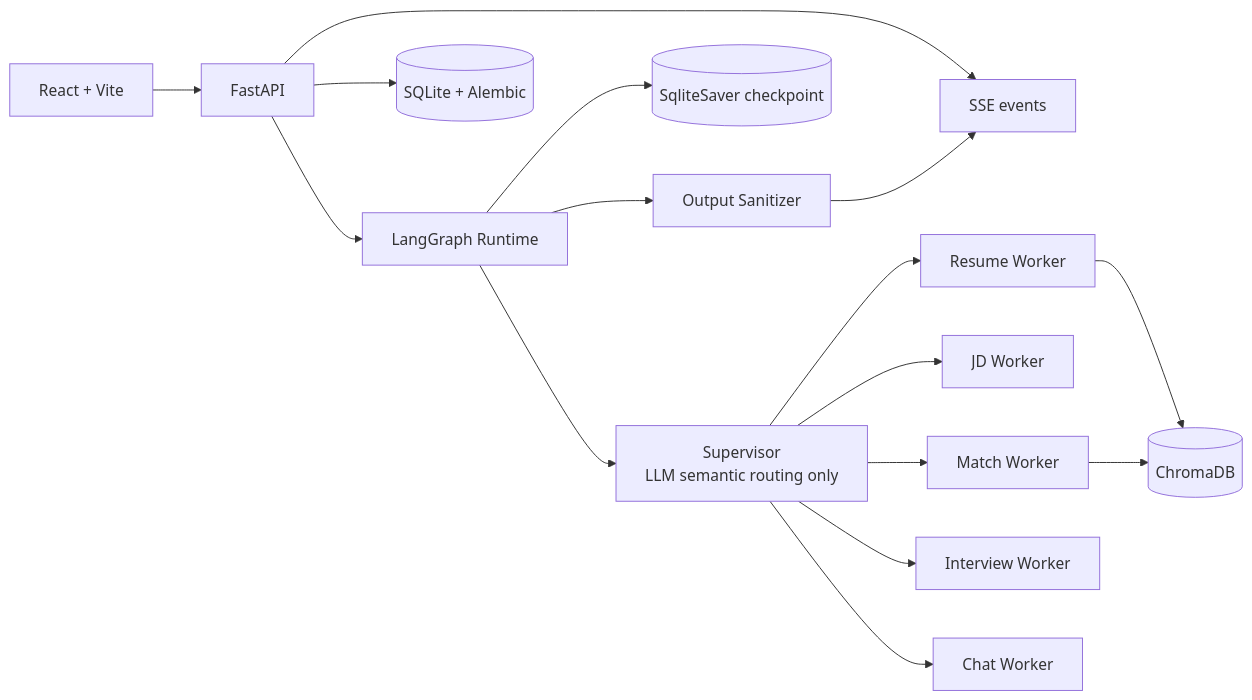
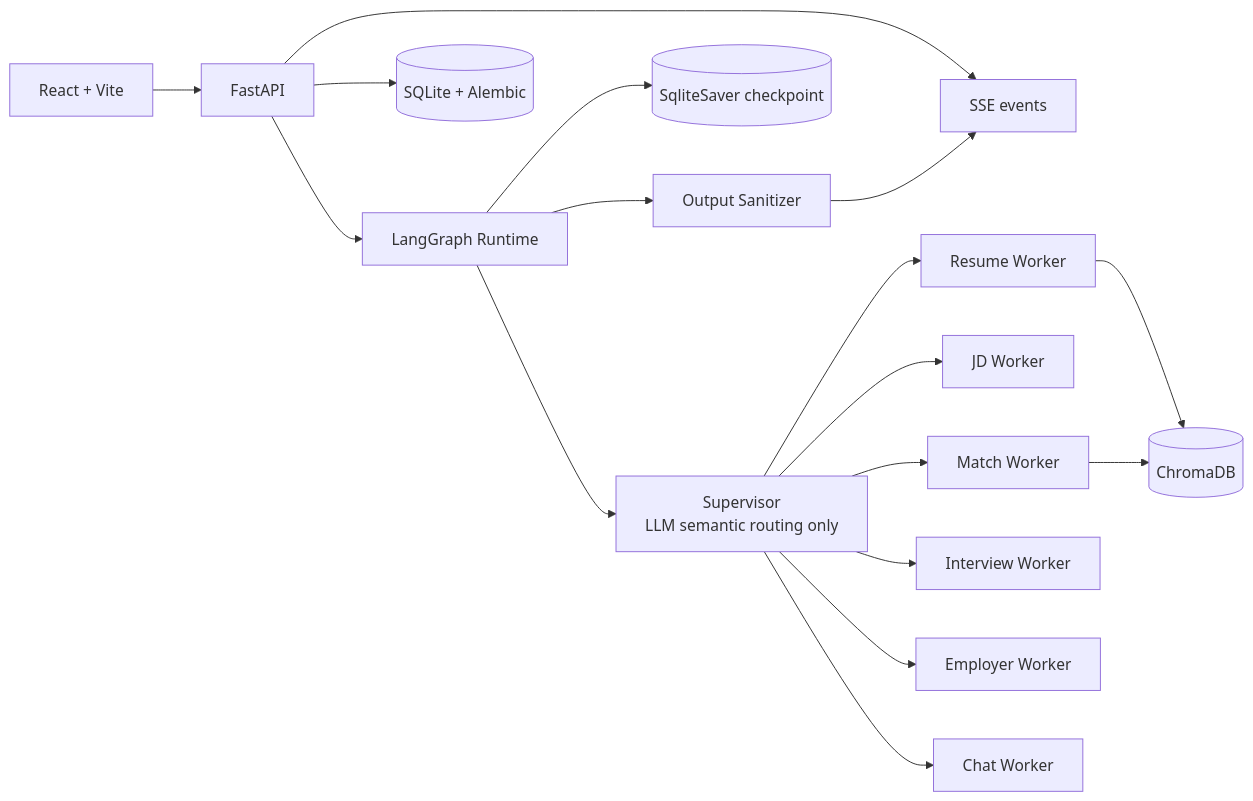
One commit to sleepycat583/JobPilot changed the diagram in README.md. Above: the diagram before and after it, drawn with Mermaid. The commit also changed other lines of this file and 3 other files, not shown here.

````diff
--- a/README.md
+++ b/README.md
@@ -7,18 +40,19 @@
 ```mermaid
 flowchart LR
     UI[React + Vite] --> API[FastAPI]
     API --> SSE[SSE events]
     API --> GRAPH[LangGraph Runtime]
     GRAPH --> SUP[Supervisor<br/>LLM semantic routing only]
     SUP --> RW[Resume Worker]
     SUP --> JW[JD Worker]
     SUP --> MW[Match Worker]
     SUP --> IW[Interview Worker]
+    SUP --> EW[Employer Worker]
     SUP --> CW[Chat Worker]
     RW --> CHROMA[(ChromaDB)]
     MW --> CHROMA
     API --> DB[(SQLite + Alembic)]
     GRAPH --> CP[(SqliteSaver checkpoint)]
     GRAPH --> SAN[Output Sanitizer]
     SAN --> SSE
 ```
````
